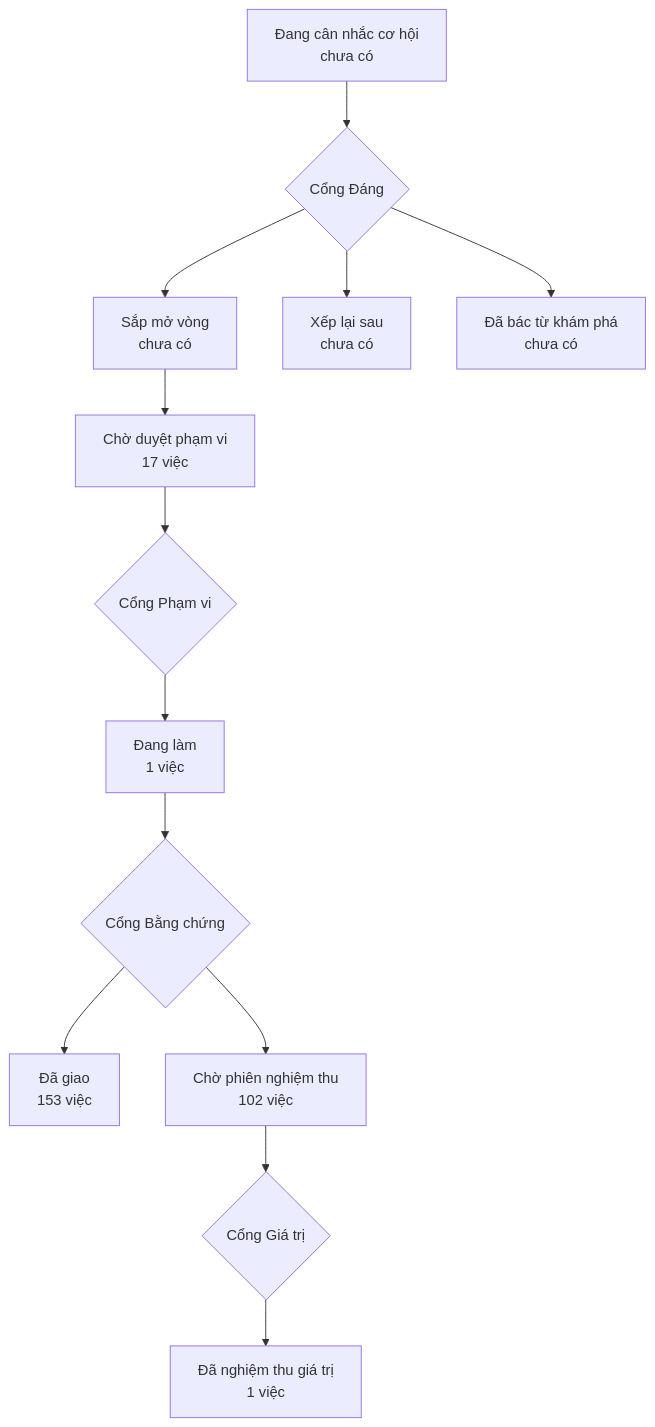
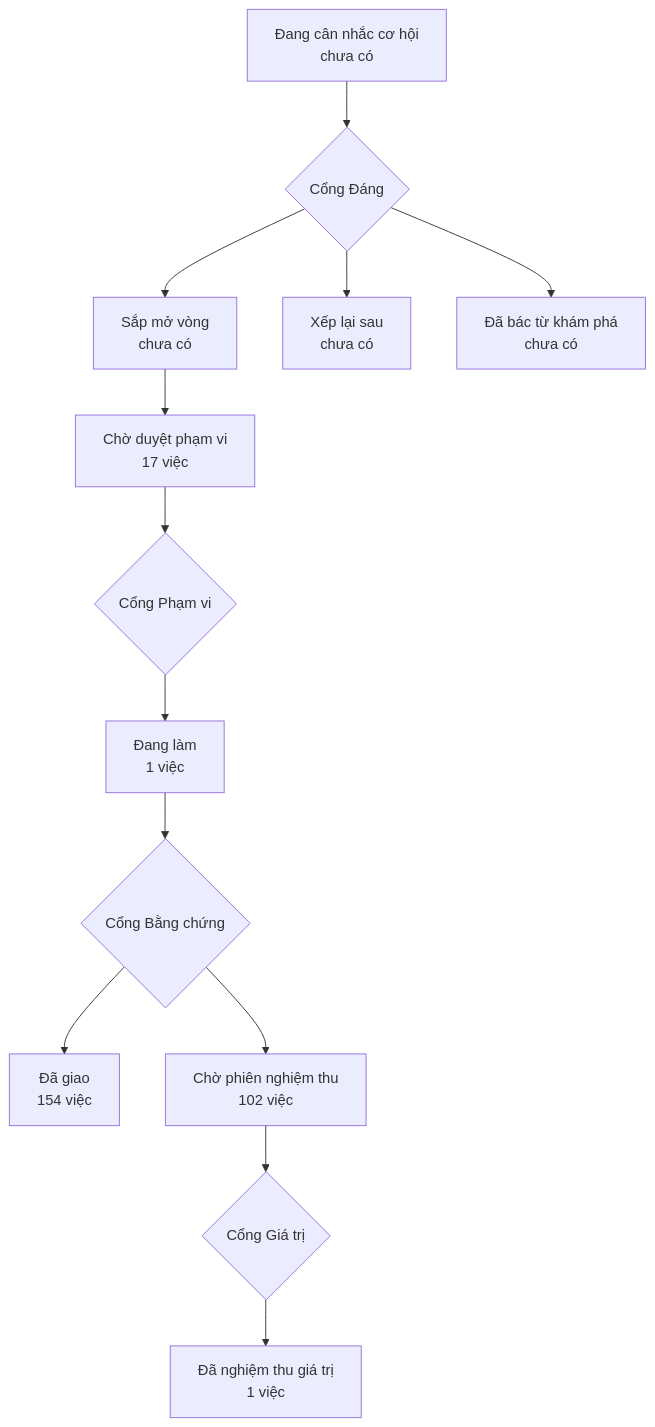
One commit to phanlemanh/onehub-invest changed the diagram in PRODUCT-MAP.md. Above: the diagram before and after it, drawn with Mermaid. The commit also changed other lines of this file and 1 other file, not shown here.

Commit message:
docs(map): vẽ lại bản đồ sau khi gộp main

````diff
--- a/PRODUCT-MAP.md
+++ b/PRODUCT-MAP.md
@@ -7,12 +7,12 @@
 ```mermaid
 flowchart TD
   A["Đang cân nhắc cơ hội<br/>chưa có"] --> GD{"Cổng Đáng"}
   GD --> B["Sắp mở vòng<br/>chưa có"]
   GD --> XL["Xếp lại sau<br/>chưa có"]
   GD --> DB["Đã bác từ khám phá<br/>chưa có"]
   B --> CD["Chờ duyệt phạm vi<br/>17 việc"] --> GP{"Cổng Phạm vi"}
   GP --> DL["Đang làm<br/>1 việc"] --> GB{"Cổng Bằng chứng"}
-  GB --> DG["Đã giao<br/>153 việc"]
+  GB --> DG["Đã giao<br/>154 việc"]
   GB --> CN["Chờ phiên nghiệm thu<br/>102 việc"] --> GG{"Cổng Giá trị"}
   GG --> NT["Đã nghiệm thu giá trị<br/>1 việc"]
 ```
````
